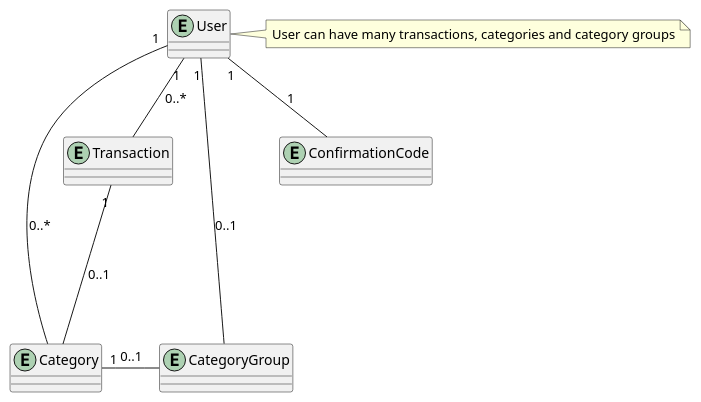
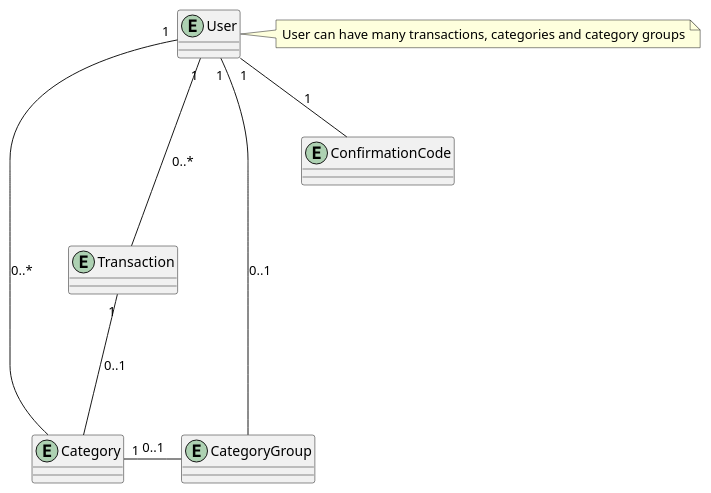
Before and after one commit to bruno089/Patrimonio: the diagram in UML/DER.puml, drawn with PlantUML. The commit also changed 2 other files, not shown here.

```diff
--- a/UML/DER.puml
+++ b/UML/DER.puml
@@ -1,46 +1,46 @@
 @startuml
 
 entity User {
   /'+ user_id (PK)
   --
   name'/
 }
 entity Transaction {
 /'  + transaction_id (PK)
   --
   amount
   date
   --
   user_id (FK)
   category_id (FK)'/
 }
 
 entity Category {
 /'  + category_id (PK)
   --
   name
   --
   user_id (FK)
   categoryGroup_id (FK)'/
 }
 entity CategoryGroup{
  /' + categoryGroup_id (PK)
   --
     name
   --
   user_id (FK)
   category_id (FK)'/
 }
 entity ConfirmationCode{}
 /'Creation User Relationships'/
-User "1" -- Transaction : 0..*
+User "1" --- Transaction : 0..*
 User "1" -- Category: 0..*
 User "1" -- CategoryGroup : 0..1
 User "1" -- ConfirmationCode : 1
 /'Transaction Relationships and Clasification'/
 Transaction "1" --- Category : 0..1
 Category "1" - CategoryGroup : 0..1
 
 note right of User : User can have many transactions, categories and category groups
 
 @enduml
```
